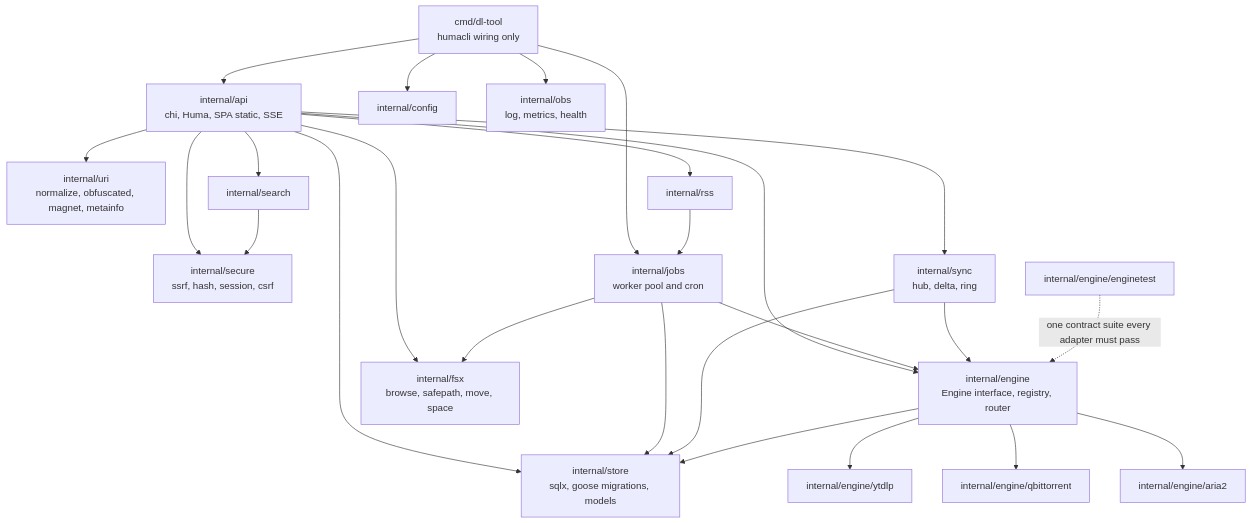
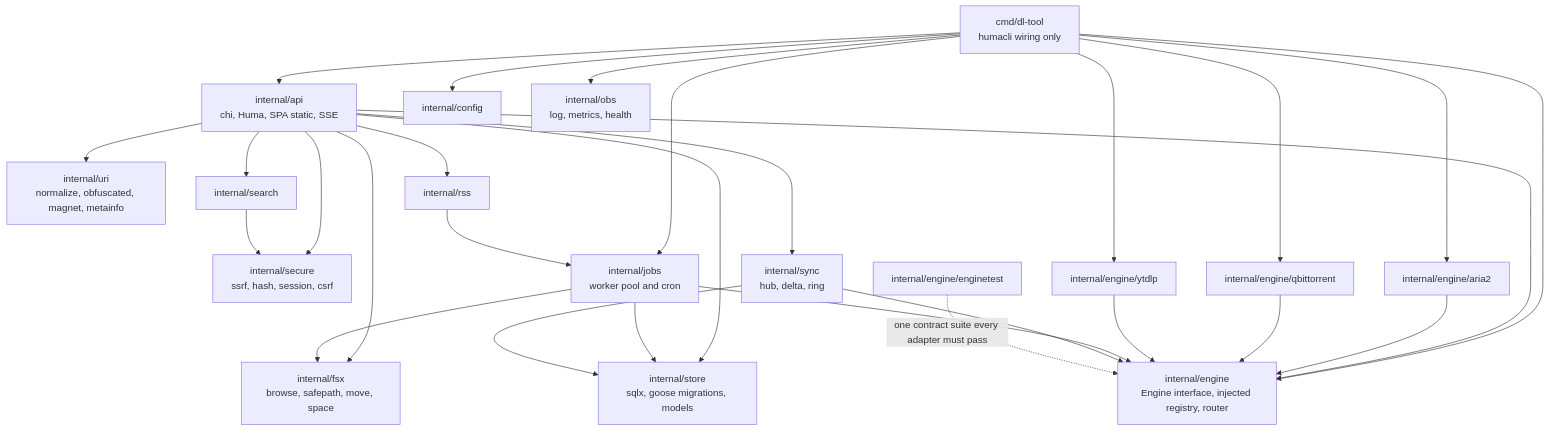
One commit to L-K-M/dl-tool changed the third of 8 diagrams in docs/03-architecture.md. Above: the diagram before and after it, drawn with Mermaid. The commit also changed other lines of this file and 2 other files, not shown here.

First line of the commit message:
Remove the engine import cycle

````diff
--- a/docs/03-architecture.md
+++ b/docs/03-architecture.md
@@ -136,29 +136,30 @@
 ```mermaid
 flowchart TB
     main["cmd/dl-tool<br/>humacli wiring only"]
     api["internal/api<br/>chi, Huma, SPA static, SSE"]
     secure["internal/secure<br/>ssrf, hash, session, csrf"]
-    engine["internal/engine<br/>Engine interface, registry, router"]
+    engine["internal/engine<br/>Engine interface, injected registry, router"]
     uri["internal/uri<br/>normalize, obfuscated, magnet, metainfo"]
     search["internal/search"]
     rss["internal/rss"]
     jobs["internal/jobs<br/>worker pool and cron"]
     syncp["internal/sync<br/>hub, delta, ring"]
     fsx["internal/fsx<br/>browse, safepath, move, space"]
     a2["internal/engine/aria2"]
     qb["internal/engine/qbittorrent"]
     yt["internal/engine/ytdlp"]
     ct["internal/engine/enginetest"]
     store["internal/store<br/>sqlx, goose migrations, models"]
     cfgp["internal/config"]
     obs["internal/obs<br/>log, metrics, health"]
-    main --> api & cfgp & obs & jobs
+    main --> api & cfgp & obs & jobs & engine
+    main --> a2 & qb & yt
     api --> secure & uri & engine & syncp & search & rss & fsx
-    engine --> a2 & qb & yt
+    a2 & qb & yt --> engine
     jobs --> engine & fsx
     rss --> jobs
     syncp --> engine
     search --> secure
-    api & jobs & syncp & engine --> store
+    api & jobs & syncp --> store
     ct -.->|"one contract suite every adapter must pass"| engine
 ```
````
